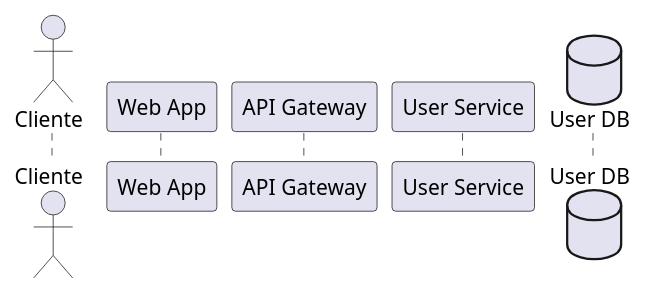
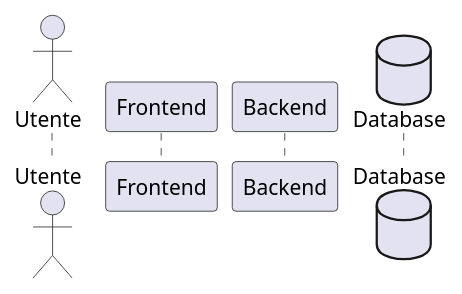
One commit to Seniorsimo/sas-template changed the second of 4 diagrams in 03-behavioral-diagrams/sequence-diagrams/INSTRUCTIONS.md. Above: the diagram before and after it, drawn with PlantUML. The commit also changed other lines of this file and 9 other files, not shown here.

Commit message:
Refactor diagram instructions and templates

````diff
--- a/03-behavioral-diagrams/sequence-diagrams/INSTRUCTIONS.md
+++ b/03-behavioral-diagrams/sequence-diagrams/INSTRUCTIONS.md
@@ -147,9 +26,6 @@
-```plantuml
-@startuml
-actor "Cliente" as C
-participant "Web App" as W
-participant "API Gateway" as G
-participant "User Service" as U
-database "User DB" as DB
-@enduml
-```
+    ```plantuml
+    actor "Utente" as User
+    participant "Frontend" as FE
+    participant "Backend" as BE
+    database "Database" as DB
+    ```
````
